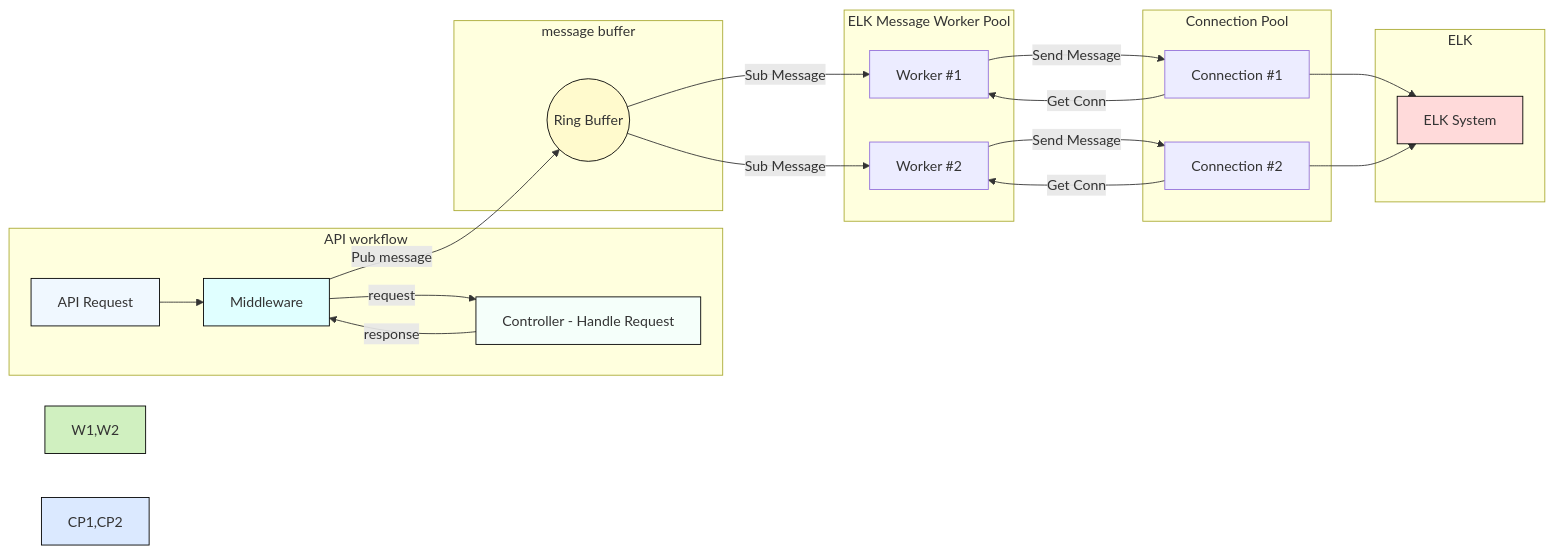
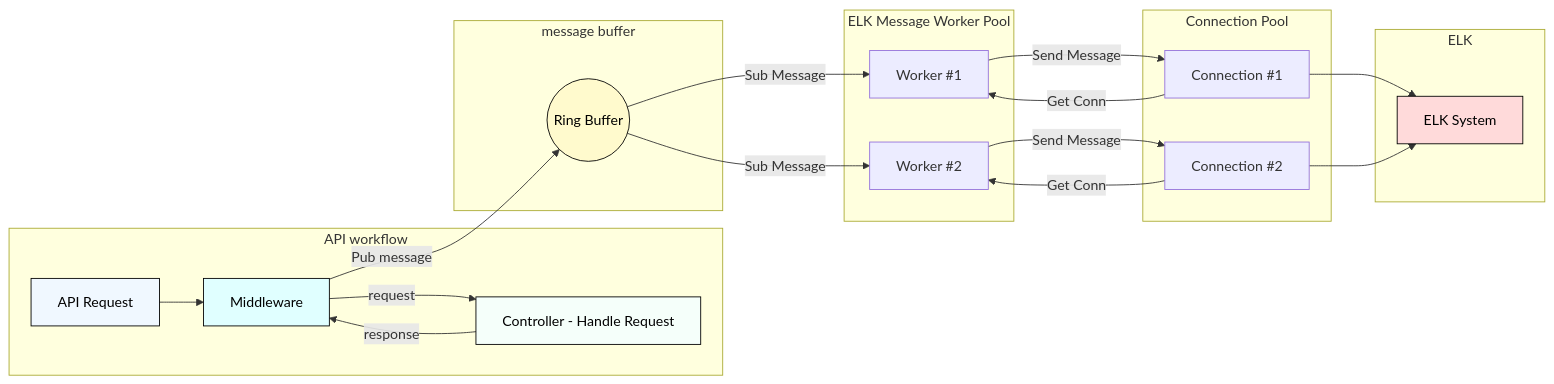
Before and after one commit to wun-yu-lin/Taipei-City-Dashboard: the diagram in README.md, drawn with Mermaid.

````diff
--- a/README.md
+++ b/README.md
@@ -58,48 +58,46 @@
 ```mermaid
 
 flowchart LR
   subgraph API workflow
     A[API Request]
     B[Middleware]
     C[Controller - Handle Request]
     A --> B
     B --request--> C
     C --response--> B
   end
 
   subgraph message buffer
     B -- Pub message --> R((Ring Buffer))
   end
 
   subgraph Worker Pool[ELK Message Worker Pool]
     W1[Worker #1]
     W2[Worker #2]
     R -- Sub Message --> W1
     R -- Sub Message --> W2
   end
 
   subgraph Connection Pool
     CP1[Connection #1]
     CP2[Connection #2]
   end
 
   subgraph ELK
     E[ELK System]
   end
 
   CP1 -- Get Conn --> W1
   CP2 -- Get Conn --> W2
   W1 -- Send Message --> CP1
   W2 -- Send Message --> CP2
   CP1 --> E
   CP2 --> E
 
   %% Style Adjustments
-  style A fill:#f0f8ff,stroke:#000,fontSize:14px
-  style B fill:#e0ffff,stroke:#000,fontSize:14px
-  style C fill:#f5fffa,stroke:#000,fontSize:14px
-  style R fill:#fffacd,stroke:#000,fontSize:14px
-  style W1,W2 fill:#d0f0c0,stroke:#000,fontSize:14px
-  style CP1,CP2 fill:#dbe9ff,stroke:#000,fontSize:14px
-  style E fill:#ffdada,stroke:#000,fontSize:14px
+  style A fill:#f0f8ff,stroke:#000,fontSize:14px,color:#000
+  style B fill:#e0ffff,stroke:#000,fontSize:14px,color:#000
+  style C fill:#f5fffa,stroke:#000,fontSize:14px,color:#000
+  style R fill:#fffacd,stroke:#000,fontSize:14px,color:#000
+  style E fill:#ffdada,stroke:#000,fontSize:14px,color:#000
 ```
````
